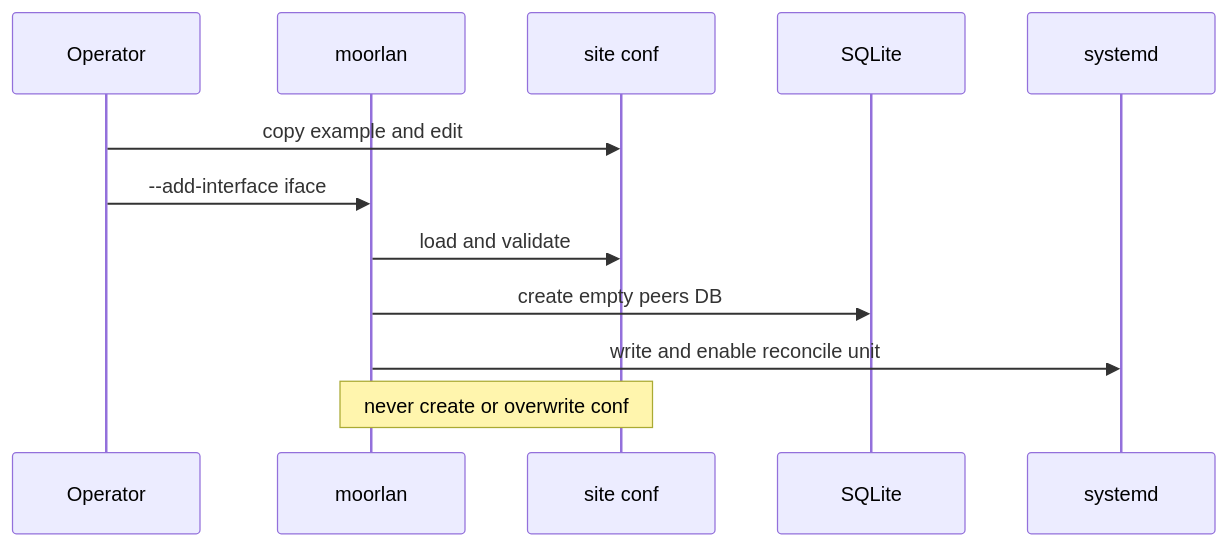
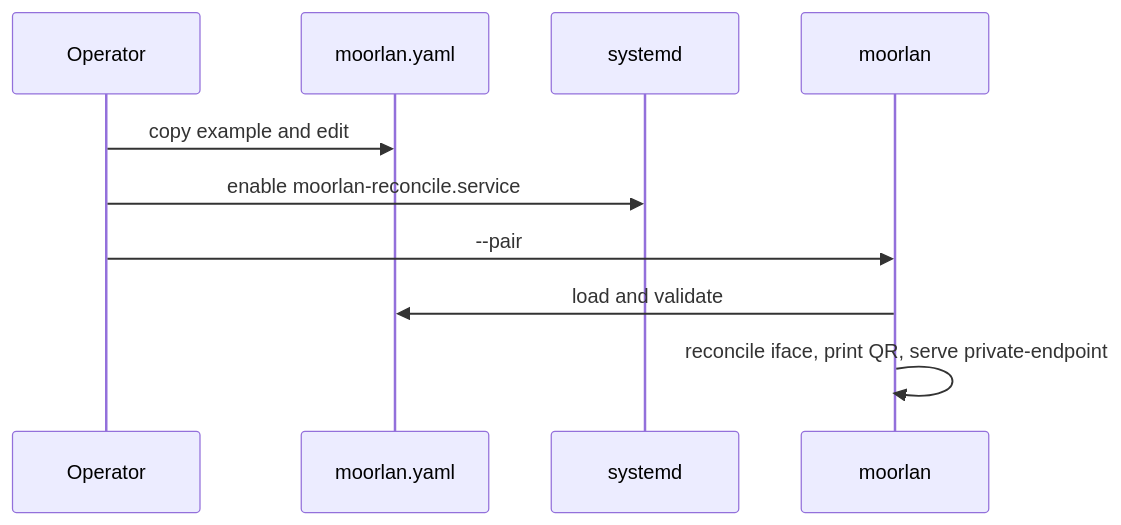
One commit to sumitgahoi/moorlan changed the second of 2 diagrams in server/ARCHITECTURE.md. Above: the diagram before and after it, drawn with Mermaid. The commit also changed other lines of this file and 22 other files, not shown here.

First line of the commit message:
Reconcile server to one YAML, one DB, and host-wide reconcile.

````diff
--- a/server/ARCHITECTURE.md
+++ b/server/ARCHITECTURE.md
@@ -72,15 +71,13 @@
 ```mermaid
 sequenceDiagram
   participant Op as Operator
+  participant Conf as moorlan.yaml
+  participant Sys as systemd
   participant CLI as moorlan
-  participant Conf as site conf
-  participant DB as SQLite
-  participant Sys as systemd
 
   Op->>Conf: copy example and edit
-  Op->>CLI: --add-interface iface
+  Op->>Sys: enable moorlan-reconcile.service
+  Op->>CLI: --pair
   CLI->>Conf: load and validate
-  CLI->>DB: create empty peers DB
-  CLI->>Sys: write and enable reconcile unit
-  Note over CLI,Conf: never create or overwrite conf
+  CLI->>CLI: reconcile iface, print QR, serve private-endpoint
 ```
````
